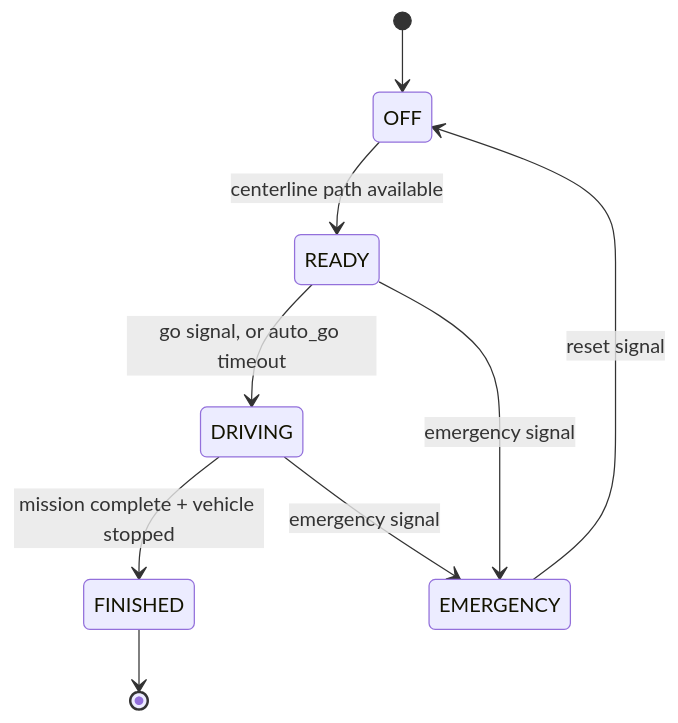
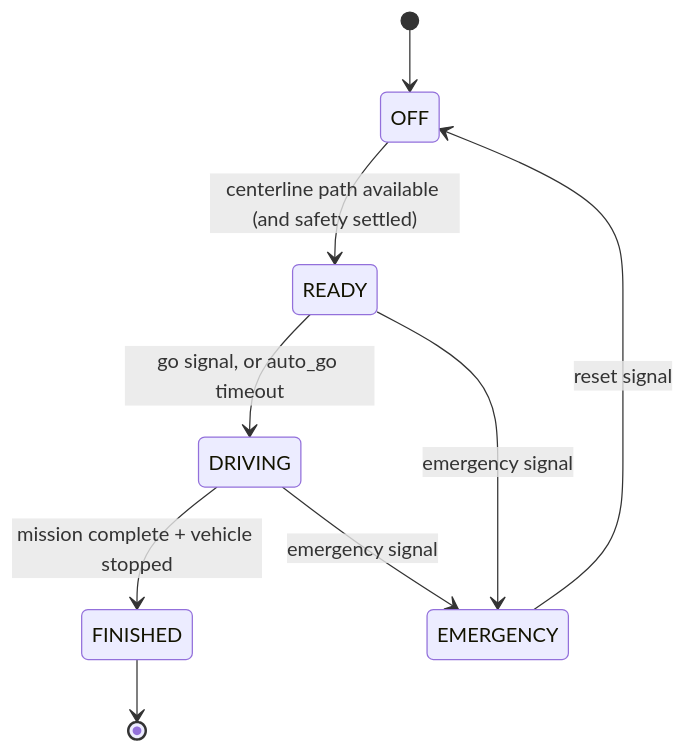
Before and after one commit to LonghornRacingElectric/lhre: the eighth of 8 diagrams in autonomy/ros2/README.md, drawn with Mermaid. The commit also changed other lines of this file and 6 other files, not shown here.

Commit message:
Wait for a steady safety heartbeat before READY

````diff
--- a/autonomy/ros2/README.md
+++ b/autonomy/ros2/README.md
@@ -667,11 +669,11 @@
 ```mermaid
 stateDiagram-v2
     [*] --> OFF
-    OFF --> READY: centerline path available
+    OFF --> READY: centerline path available (and safety settled)
     READY --> DRIVING: go signal, or auto_go timeout
     DRIVING --> FINISHED: mission complete + vehicle stopped
     READY --> EMERGENCY: emergency signal
     DRIVING --> EMERGENCY: emergency signal
     EMERGENCY --> OFF: reset signal
     FINISHED --> [*]
 ```
````
